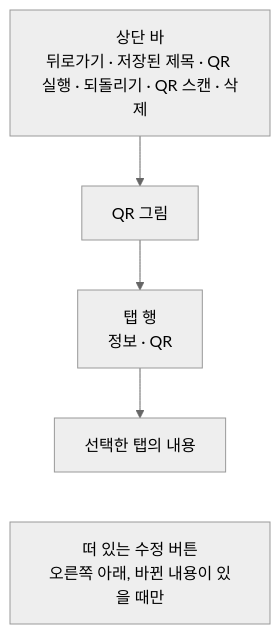
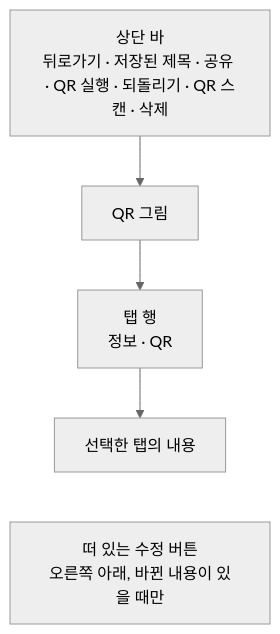
Before and after one commit to taetae98coding/DiaryKMP: the first of 2 diagrams in docs/design/qr-detail.md, drawn with Mermaid (neutral theme). The commit also changed other lines of this file and 28 other files, not shown here.

````diff
--- a/docs/design/qr-detail.md
+++ b/docs/design/qr-detail.md
@@ -29,10 +29,10 @@
 ```mermaid
 flowchart TB
-    top["상단 바<br/>뒤로가기 · 저장된 제목 · QR 실행 · 되돌리기 · QR 스캔 · 삭제"]
+    top["상단 바<br/>뒤로가기 · 저장된 제목 · 공유 · QR 실행 · 되돌리기 · QR 스캔 · 삭제"]
     qr["QR 그림"]
     tabs["탭 행<br/>정보 · QR"]
     content["선택한 탭의 내용"]
     fab["떠 있는 수정 버튼<br/>오른쪽 아래, 바뀐 내용이 있을 때만"]
     top --> qr --> tabs --> content
     content ~~~ fab
 ```
````
